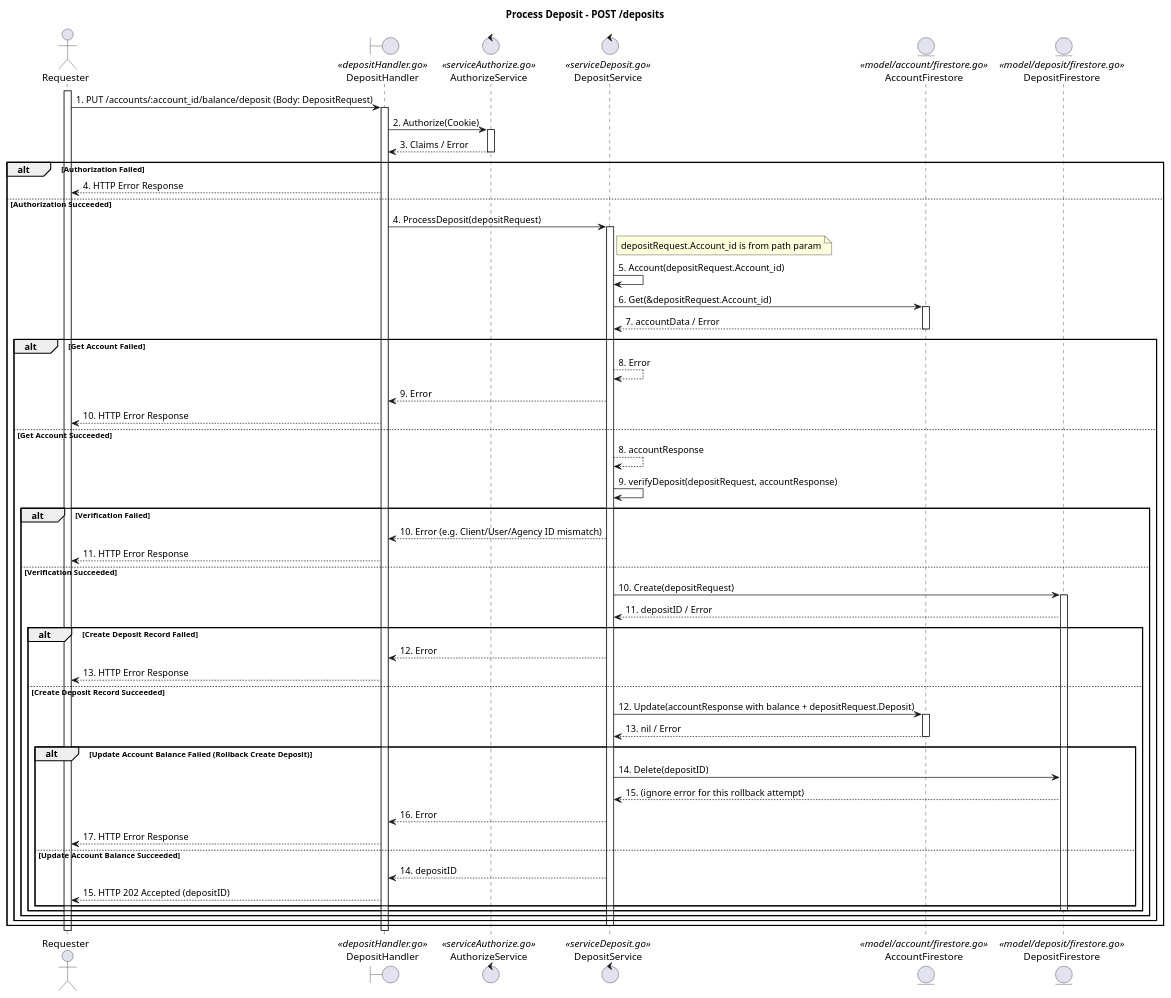
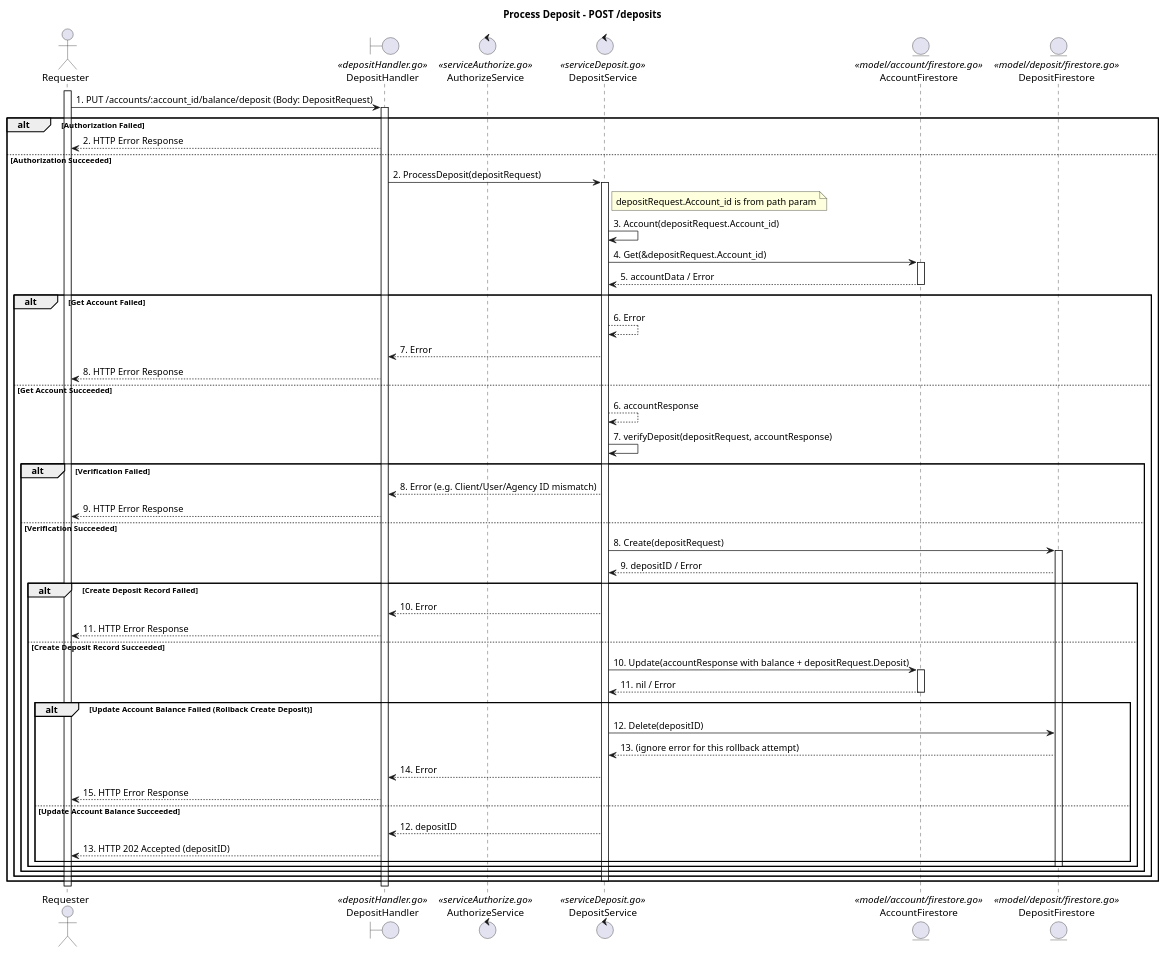
Before and after one commit to JulioKobayashiEbury/BankingAPI: the diagram in docs/Create/SequenciaCreateDeposit.puml, drawn with PlantUML. The commit also changed 44 other files, not shown here.

```diff
--- a/docs/Create/SequenciaCreateDeposit.puml
+++ b/docs/Create/SequenciaCreateDeposit.puml
@@ -1,70 +1,67 @@
 @startuml
 title Process Deposit - POST /deposits
 
 actor Requester
 boundary DepositHandler <<depositHandler.go>>
 control AuthorizeService <<serviceAuthorize.go>>
 control DepositService <<serviceDeposit.go>>
 entity AccountFirestore <<model/account/firestore.go>>
 entity DepositFirestore <<model/deposit/firestore.go>>
 
 activate Requester
 Requester -> DepositHandler : 1. PUT /accounts/:account_id/balance/deposit (Body: DepositRequest)
 activate DepositHandler
-DepositHandler -> AuthorizeService : 2. Authorize(Cookie)
-activate AuthorizeService
-AuthorizeService --> DepositHandler : 3. Claims / Error
-deactivate AuthorizeService
+
 alt Authorization Failed
-    DepositHandler --> Requester : 4. HTTP Error Response
+    DepositHandler --> Requester : 2. HTTP Error Response
 else Authorization Succeeded
     
-    DepositHandler -> DepositService : 4. ProcessDeposit(depositRequest)
+    DepositHandler -> DepositService : 2. ProcessDeposit(depositRequest)
     activate DepositService
     note right of DepositService : depositRequest.Account_id is from path param
 
-    DepositService -> DepositService : 5. Account(depositRequest.Account_id)
-    DepositService -> AccountFirestore : 6. Get(&depositRequest.Account_id)
+    DepositService -> DepositService : 3. Account(depositRequest.Account_id)
+    DepositService -> AccountFirestore : 4. Get(&depositRequest.Account_id)
     activate AccountFirestore
-    AccountFirestore --> DepositService : 7. accountData / Error
+    AccountFirestore --> DepositService : 5. accountData / Error
     deactivate AccountFirestore
     alt Get Account Failed
-        DepositService --> DepositService : 8. Error
-        DepositService --> DepositHandler : 9. Error
-        DepositHandler --> Requester : 10. HTTP Error Response
+        DepositService --> DepositService : 6. Error
+        DepositService --> DepositHandler : 7. Error
+        DepositHandler --> Requester : 8. HTTP Error Response
     else Get Account Succeeded
-        DepositService --> DepositService : 8. accountResponse
-        DepositService -> DepositService : 9. verifyDeposit(depositRequest, accountResponse)
+        DepositService --> DepositService : 6. accountResponse
+        DepositService -> DepositService : 7. verifyDeposit(depositRequest, accountResponse)
         alt Verification Failed
-            DepositService --> DepositHandler : 10. Error (e.g. Client/User/Agency ID mismatch)
-            DepositHandler --> Requester : 11. HTTP Error Response
+            DepositService --> DepositHandler : 8. Error (e.g. Client/User/Agency ID mismatch)
+            DepositHandler --> Requester : 9. HTTP Error Response
         else Verification Succeeded
-            DepositService -> DepositFirestore : 10. Create(depositRequest)
+            DepositService -> DepositFirestore : 8. Create(depositRequest)
             activate DepositFirestore
-            DepositFirestore --> DepositService : 11. depositID / Error
+            DepositFirestore --> DepositService : 9. depositID / Error
             alt Create Deposit Record Failed
-                DepositService --> DepositHandler : 12. Error
-                DepositHandler --> Requester : 13. HTTP Error Response
+                DepositService --> DepositHandler : 10. Error
+                DepositHandler --> Requester : 11. HTTP Error Response
             else Create Deposit Record Succeeded
-                DepositService -> AccountFirestore : 12. Update(accountResponse with balance + depositRequest.Deposit)
+                DepositService -> AccountFirestore : 10. Update(accountResponse with balance + depositRequest.Deposit)
                 activate AccountFirestore
-                AccountFirestore --> DepositService : 13. nil / Error
+                AccountFirestore --> DepositService : 11. nil / Error
                 deactivate AccountFirestore
                 alt Update Account Balance Failed (Rollback Create Deposit)
-                    DepositService -> DepositFirestore : 14. Delete(depositID)
-                    DepositFirestore --> DepositService : 15. (ignore error for this rollback attempt)
-                    DepositService --> DepositHandler : 16. Error
-                    DepositHandler --> Requester : 17. HTTP Error Response
+                    DepositService -> DepositFirestore : 12. Delete(depositID)
+                    DepositFirestore --> DepositService : 13. (ignore error for this rollback attempt)
+                    DepositService --> DepositHandler : 14. Error
+                    DepositHandler --> Requester : 15. HTTP Error Response
                 else Update Account Balance Succeeded
-                    DepositService --> DepositHandler : 14. depositID
-                    DepositHandler --> Requester : 15. HTTP 202 Accepted (depositID)
+                    DepositService --> DepositHandler : 12. depositID
+                    DepositHandler --> Requester : 13. HTTP 202 Accepted (depositID)
                 end
                 deactivate DepositFirestore
             end
         end
     end
     deactivate DepositService
 end
 deactivate DepositHandler
 deactivate Requester
 @enduml
```
